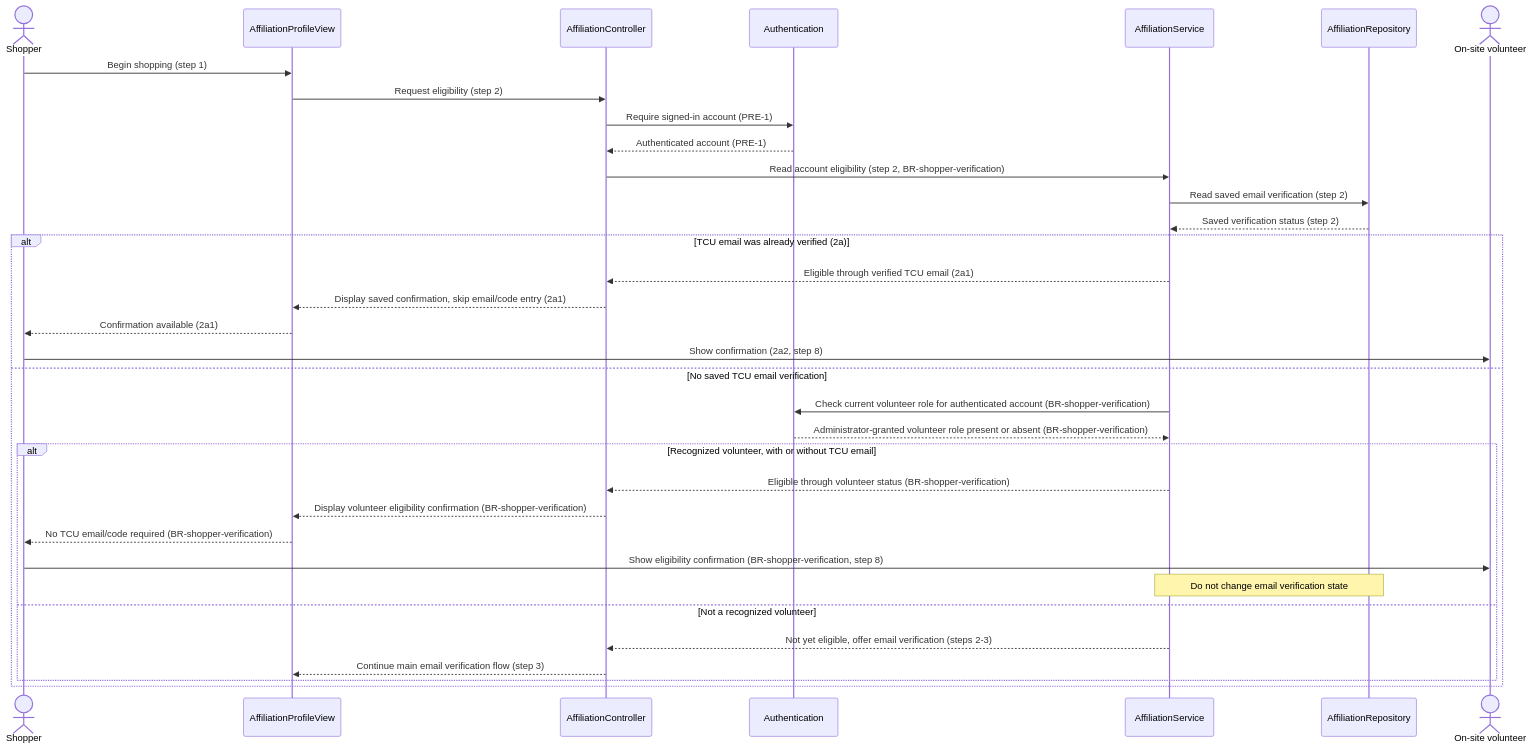
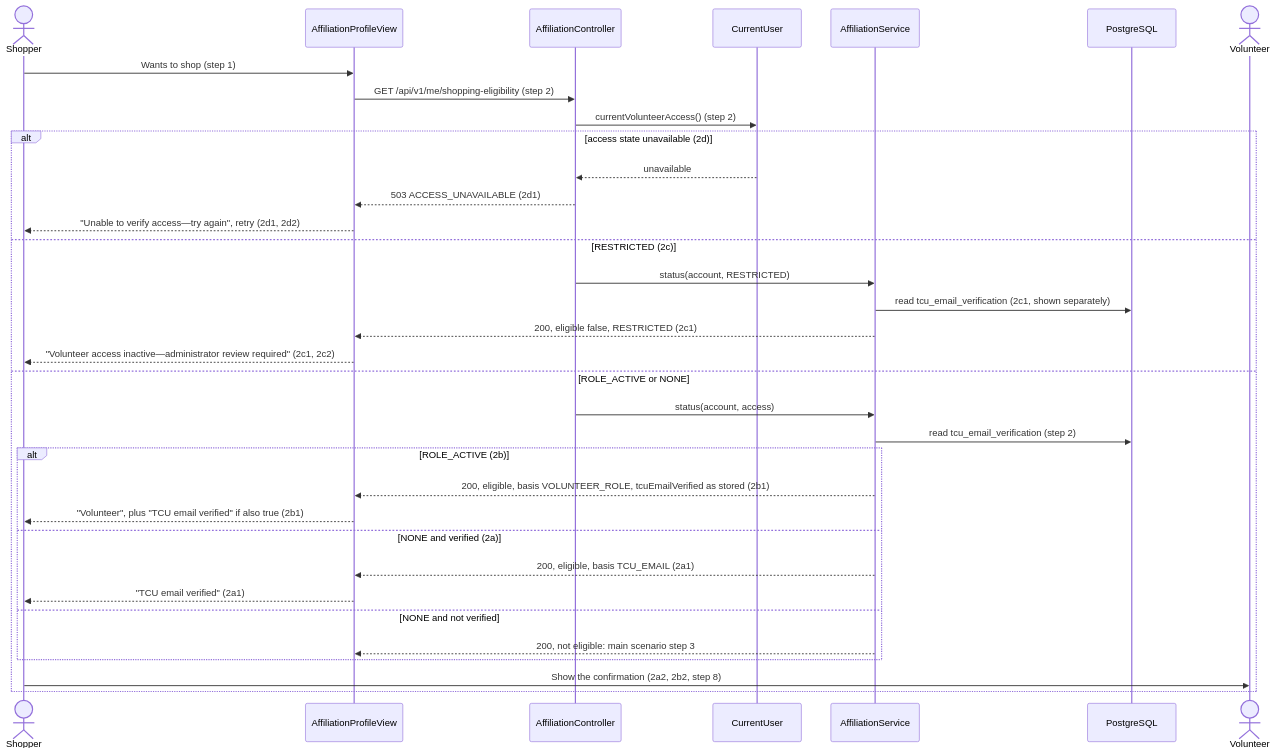
The third of 4 diagrams in docs/design/IDV.md (evelyntrann/cosc-40943-team-3-refrog), drawn with Mermaid before and after one commit. The commit also changed other lines of this file and 5 other files, not shown here.

First line of the commit message:
docs: revise IDV design for UC-IDV-verify-affiliation against KD-tech-stack

````diff
--- a/docs/design/IDV.md
+++ b/docs/design/IDV.md
@@ -261,36 +165,36 @@
 ```mermaid
 sequenceDiagram
     actor S as Shopper
     participant UI as AffiliationProfileView
     participant C as AffiliationController
-    participant A as Authentication
+    participant CU as CurrentUser
     participant SV as AffiliationService
-    participant R as AffiliationRepository
-    actor V as On-site volunteer
-    S->>UI: Begin shopping (step 1)
-    UI->>C: Request eligibility (step 2)
-    C->>A: Require signed-in account (PRE-1)
-    A-->>C: Authenticated account (PRE-1)
-    C->>SV: Read account eligibility (step 2, BR-shopper-verification)
-    SV->>R: Read saved email verification (step 2)
-    R-->>SV: Saved verification status (step 2)
-    alt TCU email was already verified (2a)
-        SV-->>C: Eligible through verified TCU email (2a1)
-        C-->>UI: Display saved confirmation, skip email/code entry (2a1)
-        UI-->>S: Confirmation available (2a1)
-        S->>V: Show confirmation (2a2, step 8)
-    else No saved TCU email verification
-        SV->>A: Check current volunteer role for authenticated account (BR-shopper-verification)
-        A-->>SV: Administrator-granted volunteer role present or absent (BR-shopper-verification)
-        alt Recognized volunteer, with or without TCU email
-            SV-->>C: Eligible through volunteer status (BR-shopper-verification)
-            C-->>UI: Display volunteer eligibility confirmation (BR-shopper-verification)
-            UI-->>S: No TCU email/code required (BR-shopper-verification)
-            S->>V: Show eligibility confirmation (BR-shopper-verification, step 8)
-            Note over SV,R: Do not change email verification state
-        else Not a recognized volunteer
-            SV-->>C: Not yet eligible, offer email verification (steps 2-3)
-            C-->>UI: Continue main email verification flow (step 3)
+    participant DB as PostgreSQL
+    actor V as Volunteer
+    S->>UI: Wants to shop (step 1)
+    UI->>C: GET /api/v1/me/shopping-eligibility (step 2)
+    C->>CU: currentVolunteerAccess() (step 2)
+    alt access state unavailable (2d)
+        CU-->>C: unavailable
+        C-->>UI: 503 ACCESS_UNAVAILABLE (2d1)
+        UI-->>S: "Unable to verify access—try again", retry (2d1, 2d2)
+    else RESTRICTED (2c)
+        C->>SV: status(account, RESTRICTED)
+        SV->>DB: read tcu_email_verification (2c1, shown separately)
+        SV-->>UI: 200, eligible false, RESTRICTED (2c1)
+        UI-->>S: "Volunteer access inactive—administrator review required" (2c1, 2c2)
+    else ROLE_ACTIVE or NONE
+        C->>SV: status(account, access)
+        SV->>DB: read tcu_email_verification (step 2)
+        alt ROLE_ACTIVE (2b)
+            SV-->>UI: 200, eligible, basis VOLUNTEER_ROLE, tcuEmailVerified as stored (2b1)
+            UI-->>S: "Volunteer", plus "TCU email verified" if also true (2b1)
+        else NONE and verified (2a)
+            SV-->>UI: 200, eligible, basis TCU_EMAIL (2a1)
+            UI-->>S: "TCU email verified" (2a1)
+        else NONE and not verified
+            SV-->>UI: 200, not eligible: main scenario step 3
         end
+        S->>V: Show the confirmation (2a2, 2b2, step 8)
     end
 ```
````
